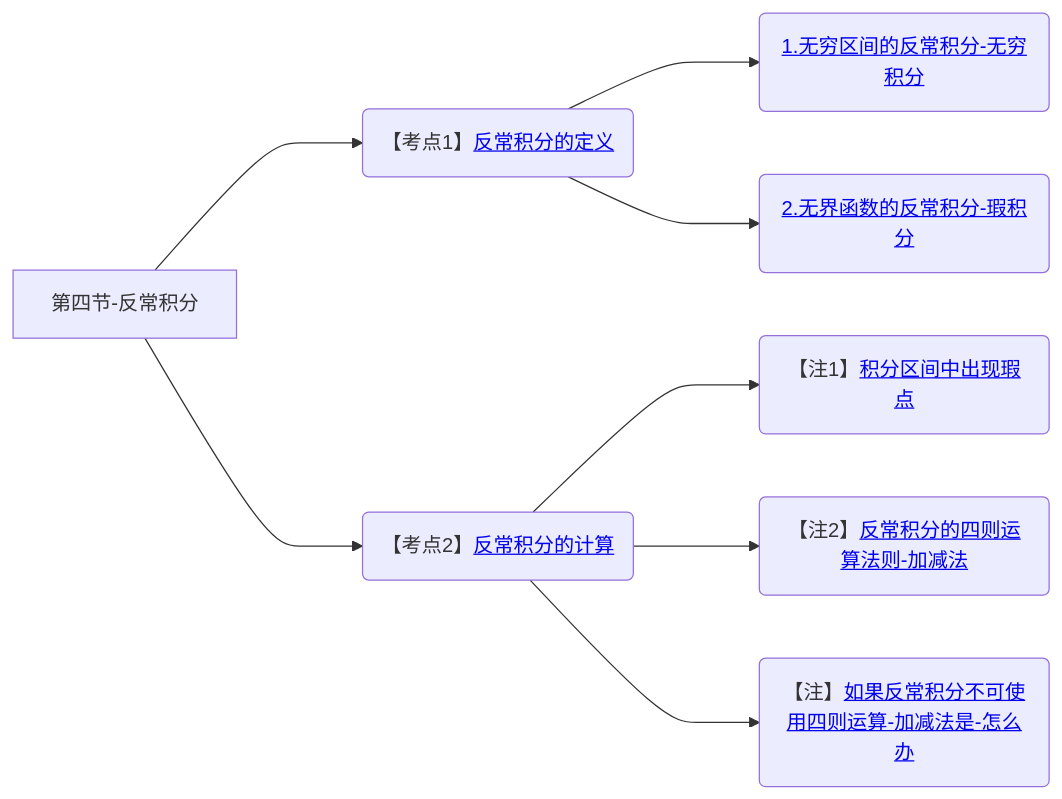
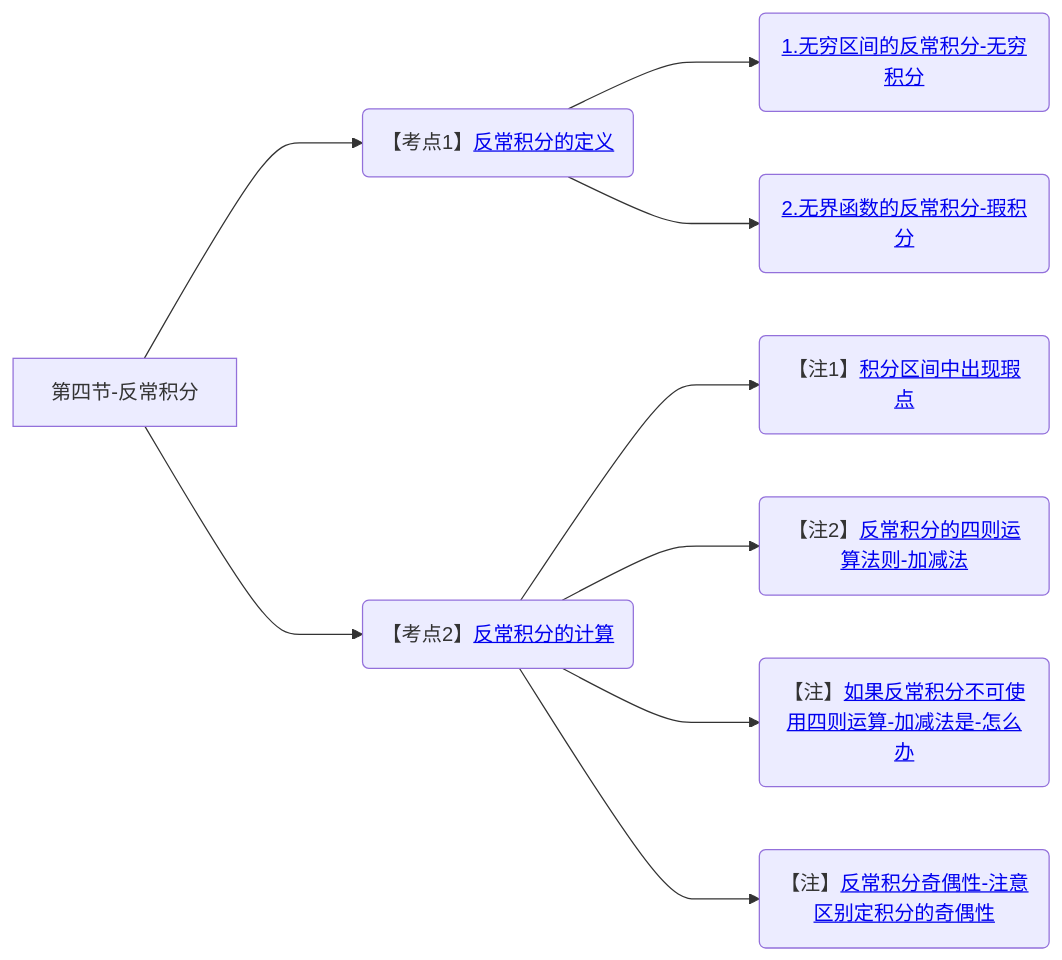
Diagram 22 of 22 in 笔记/数学/周洋鑫/01.基础班思维导图.md (yuebinghui/note), drawn with Mermaid before and after one commit. The commit also changed 8 other files, not shown here.

````diff
--- a/笔记/数学/周洋鑫/01.基础班思维导图.md
+++ b/笔记/数学/周洋鑫/01.基础班思维导图.md
@@ -789,16 +789,17 @@
 ```mermaid
 graph LR
 第四节-反常积分
 
 第四节-反常积分--->反常积分的定义(【考点1】<a href="/Users/yuebinghui/Documents/program/github/note/笔记/数学/周洋鑫/基础班/25.定积分的应用.md#反常积分的定义">反常积分的定义</>)
 反常积分的定义--->1.无穷区间的反常积分-无穷积分(<a href="/Users/yuebinghui/Documents/program/github/note/笔记/数学/周洋鑫/基础班/25.定积分的应用.md#1.无穷区间的反常积分-无穷积分">1.无穷区间的反常积分-无穷积分</>)
 反常积分的定义--->2.无界函数的反常积分-瑕积分(<a href="/Users/yuebinghui/Documents/program/github/note/笔记/数学/周洋鑫/基础班/25.定积分的应用.md#2.无界函数的反常积分-瑕积分">2.无界函数的反常积分-瑕积分</>)
 
 第四节-反常积分--->反常积分的计算(【考点2】<a href="/Users/yuebinghui/Documents/program/github/note/笔记/数学/周洋鑫/基础班/25.定积分的应用.md#反常积分的计算">反常积分的计算</>)
 反常积分的计算--->积分区间中出现瑕点(【注1】<a href="/Users/yuebinghui/Documents/program/github/note/笔记/数学/周洋鑫/基础班/25.定积分的应用.md#积分区间中出现瑕点">积分区间中出现瑕点</>)
 反常积分的计算--->反常积分的四则运算法则-加减法(【注2】<a href="/Users/yuebinghui/Documents/program/github/note/笔记/数学/周洋鑫/基础班/25.定积分的应用.md#反常积分的四则运算法则-加减法">反常积分的四则运算法则-加减法</>)
 反常积分的计算--->如果反常积分不可使用四则运算-加减法是-怎么办(【注】<a href="/Users/yuebinghui/Documents/program/github/note/笔记/数学/周洋鑫/基础班/25.定积分的应用.md#如果反常积分不可使用四则运算-加减法是-怎么办">如果反常积分不可使用四则运算-加减法是-怎么办</>)
+反常积分的计算--->反常积分奇偶性-注意区别定积分的奇偶性(【注】<a href="/Users/yuebinghui/Documents/program/github/note/笔记/数学/周洋鑫/基础班/25.定积分的应用.md#反常积分奇偶性-注意区别定积分的奇偶性">反常积分奇偶性-注意区别定积分的奇偶性</>)
 
 
 
 ```
````
